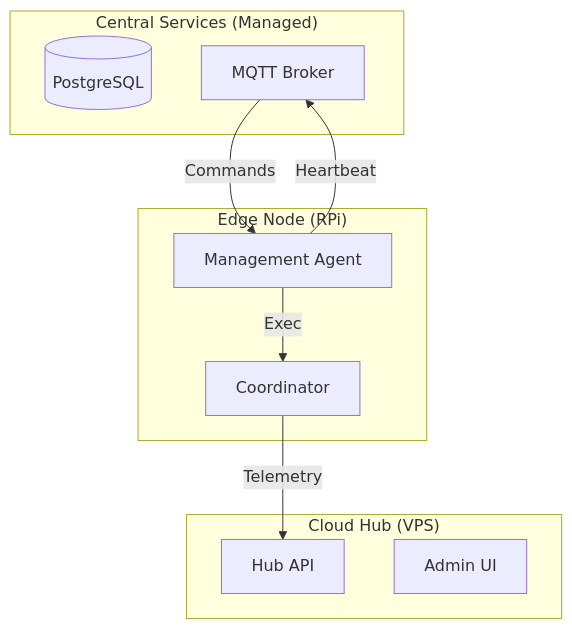
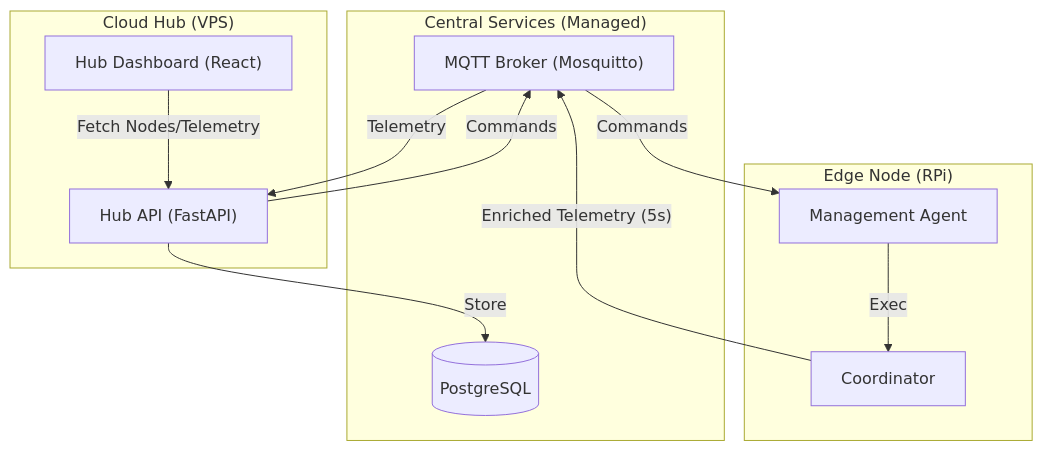
Before and after one commit to RMachnik/goodwe-dynamic-price-optimiser: the diagram in docs/cloud_architecture_plan.md, drawn with Mermaid. The commit also changed other lines of this file and 36 other files, not shown here.

````diff
--- a/docs/cloud_architecture_plan.md
+++ b/docs/cloud_architecture_plan.md
@@ -56,22 +96,25 @@
 ```mermaid
 graph TD
     subgraph "Central Services (Managed)"
         HubDB[(PostgreSQL)]
-        Broker["MQTT Broker"]
+        Broker["MQTT Broker (Mosquitto)"]
     end
 
-    subgraph "Cloud Hub (VPS)"
-        API["Hub API"]
-        Admin["Admin UI"]
+    subgraph "Cloud Hub (VPS)" 
+        API["Hub API (FastAPI)"]
+        Dashboard["Hub Dashboard (React)"]
     end
 
     subgraph "Edge Node (RPi)"
         App["Coordinator"]
         Agent["Management Agent"]
     end
 
-    App -- "Telemetry" --> API
-    Agent -- "Heartbeat" --> Broker
+    App -- "Enriched Telemetry (5s)" --> Broker
+    Broker -- "Telemetry" --> API
+    API -- "Store" --> HubDB
+    Dashboard -- "Fetch Nodes/Telemetry" --> API
+    API -- "Commands" --> Broker
     Broker -- "Commands" --> Agent
     Agent -- "Exec" --> App
 ```
````
